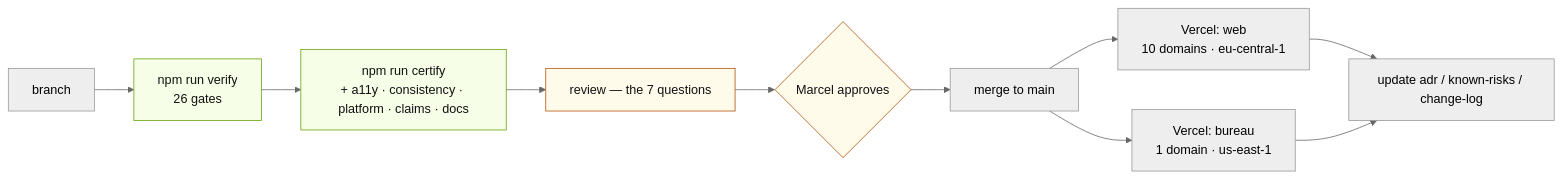
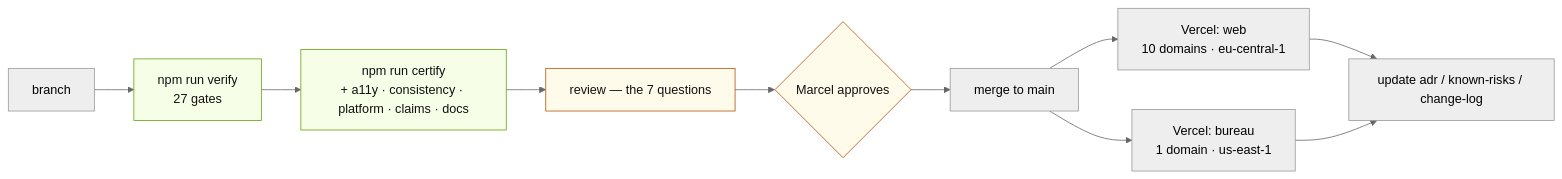
The eighth of 10 diagrams in docs/architecture/diagrams.md (buddy1974/maxpromo.digital), drawn with Mermaid (neutral theme) before and after one commit. The commit also changed 14 other files, not shown here.

````diff
--- a/docs/architecture/diagrams.md
+++ b/docs/architecture/diagrams.md
@@ -276,19 +276,19 @@
 ```mermaid
 flowchart LR
-  BR["branch"] --> V["npm run verify<br/>26 gates"]
+  BR["branch"] --> V["npm run verify<br/>27 gates"]
   V --> C["npm run certify<br/>+ a11y · consistency · platform · claims · docs"]
   C --> REV["review — the 7 questions"]
   REV --> APP{"Marcel approves"}
   APP --> MERGE["merge to main"]
 
   MERGE --> VW["Vercel: web<br/>10 domains · eu-central-1"]
   MERGE --> VB["Vercel: bureau<br/>1 domain · us-east-1"]
 
   VW --> DOC["update adr / known-risks / change-log"]
   VB --> DOC
 
   classDef gate fill:#F7FEE7,stroke:#65A30D,color:#111111
   classDef human fill:#FFFBEB,stroke:#B45309,color:#111111
   class V,C gate
   class REV,APP human
 ```
````
